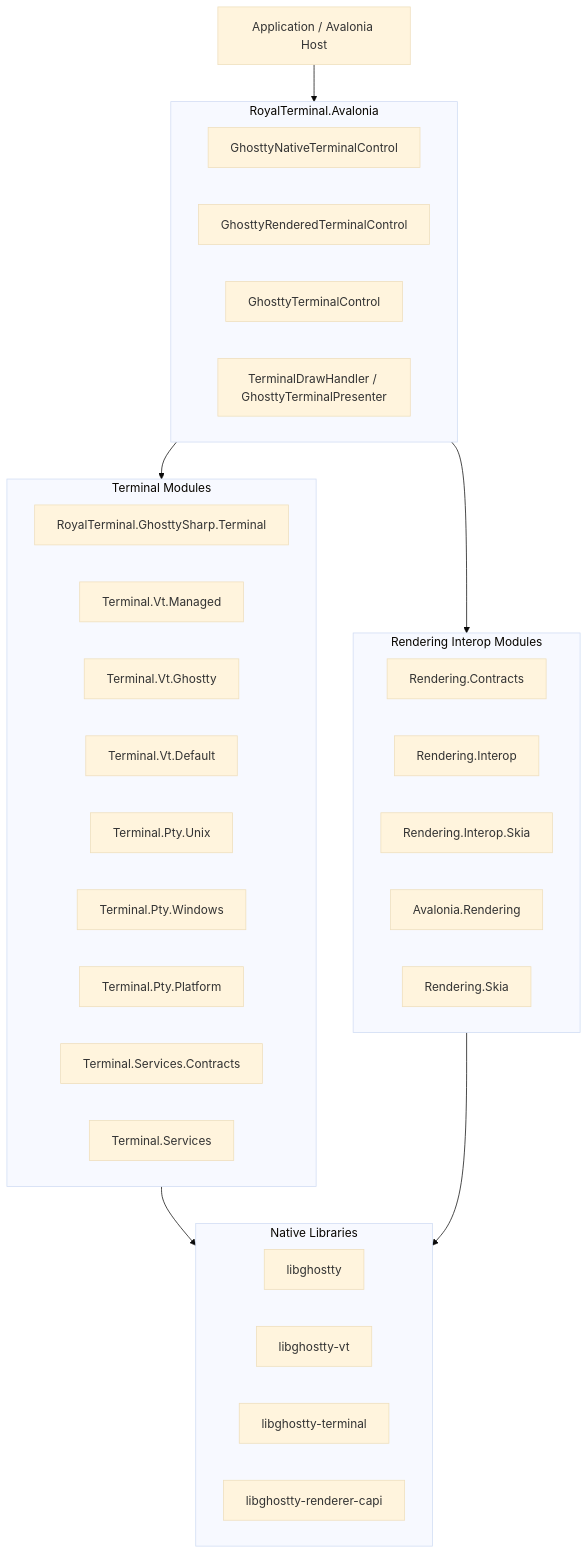
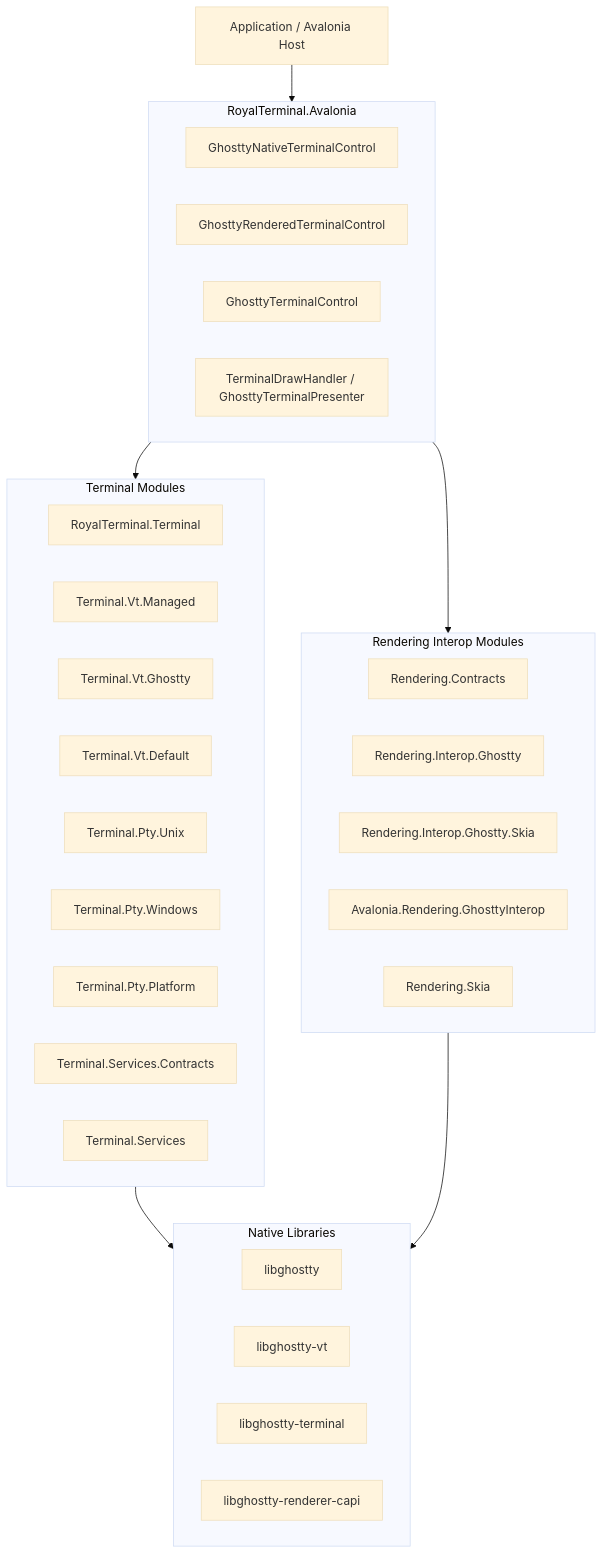
The diagram in README.md (royalapplications/RoyalTerminal), drawn with Mermaid (base theme) before and after one commit. The commit also changed other lines of this file and 99 other files, not shown here.

Commit message:
Rename terminal and interop packages to RoyalTerminal.*

````diff
--- a/README.md
+++ b/README.md
@@ -77,44 +77,44 @@
 ```mermaid
 flowchart TD
     App[Application / Avalonia Host]
 
     subgraph UI[RoyalTerminal.Avalonia]
       C1[GhosttyNativeTerminalControl]
       C2[GhosttyRenderedTerminalControl]
       C3[GhosttyTerminalControl]
       UIRender[TerminalDrawHandler / GhosttyTerminalPresenter]
     end
 
     subgraph Terminal[Terminal Modules]
-      T0[RoyalTerminal.GhosttySharp.Terminal]
+      T0[RoyalTerminal.Terminal]
       T1[Terminal.Vt.Managed]
       T2[Terminal.Vt.Ghostty]
       T3[Terminal.Vt.Default]
       P1[Terminal.Pty.Unix]
       P2[Terminal.Pty.Windows]
       P3[Terminal.Pty.Platform]
       S1[Terminal.Services.Contracts]
       S2[Terminal.Services]
     end
 
     subgraph Render[Rendering Interop Modules]
       R0[Rendering.Contracts]
-      R1[Rendering.Interop]
-      R2[Rendering.Interop.Skia]
-      R3[Avalonia.Rendering]
+      R1[Rendering.Interop.Ghostty]
+      R2[Rendering.Interop.Ghostty.Skia]
+      R3[Avalonia.Rendering.GhosttyInterop]
       R4[Rendering.Skia]
     end
 
     subgraph Native[Native Libraries]
       N1[libghostty]
       N2[libghostty-vt]
       N3[libghostty-terminal]
       N4[libghostty-renderer-capi]
     end
 
     App --> UI
     UI --> Terminal
     UI --> Render
     Terminal --> Native
     Render --> Native
 ```
````
